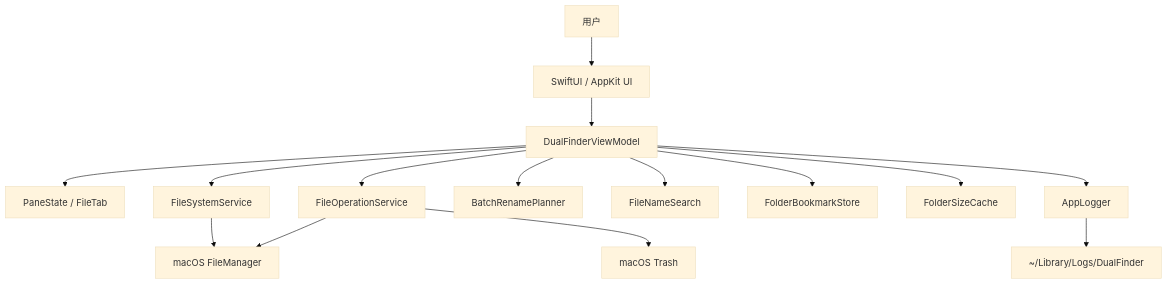
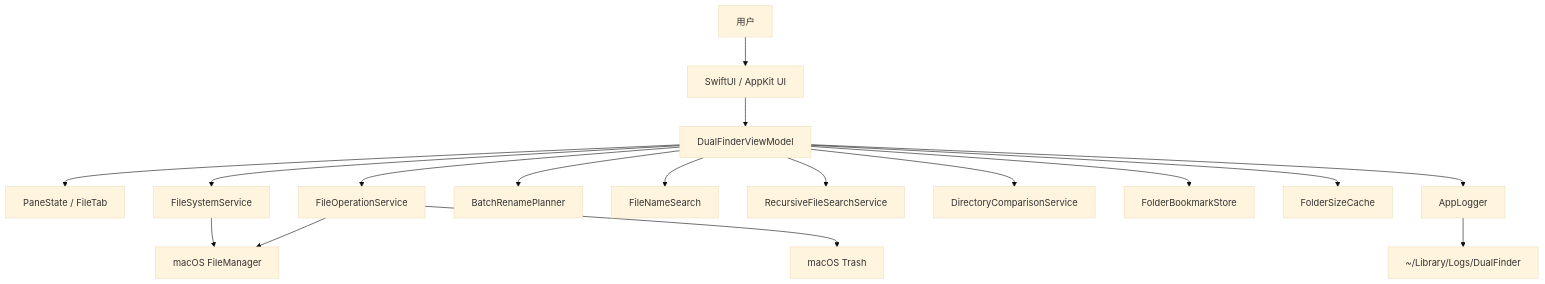
The diagram in README.md (olojiang/dual_finder), drawn with Mermaid (base theme) before and after one commit. The commit also changed other lines of this file and 7 other files, not shown here.

````diff
--- a/README.md
+++ b/README.md
@@ -181,17 +196,19 @@
 ```mermaid
 flowchart TB
     User[用户] --> UI[SwiftUI / AppKit UI]
     UI --> VM[DualFinderViewModel]
     VM --> Pane[PaneState / FileTab]
     VM --> FS[FileSystemService]
     VM --> Ops[FileOperationService]
     VM --> Rename[BatchRenamePlanner]
     VM --> Search[FileNameSearch]
+    VM --> RecursiveSearch[RecursiveFileSearchService]
+    VM --> Compare[DirectoryComparisonService]
     VM --> Bookmarks[FolderBookmarkStore]
     VM --> SizeCache[FolderSizeCache]
     VM --> Logger[AppLogger]
     FS --> MacFS[macOS FileManager]
     Ops --> MacFS
     Ops --> Trash[macOS Trash]
     Logger --> Logs[~/Library/Logs/DualFinder]
 ```
````
